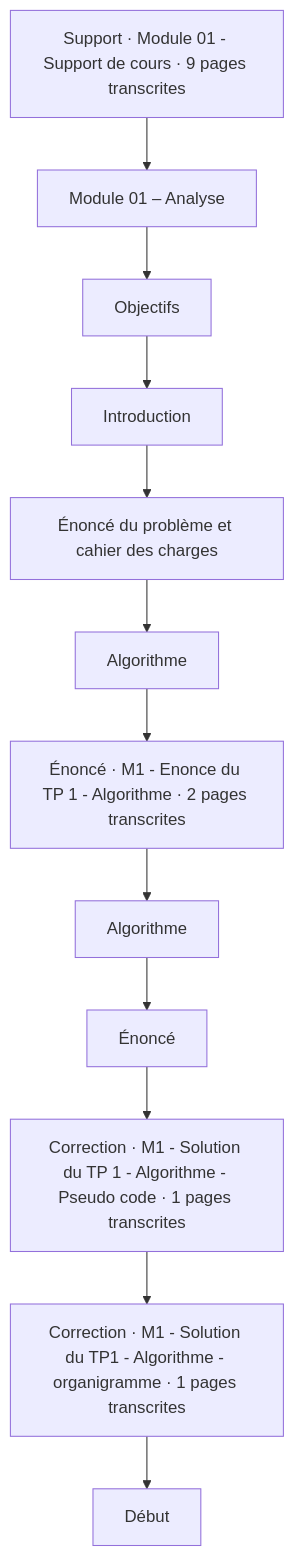
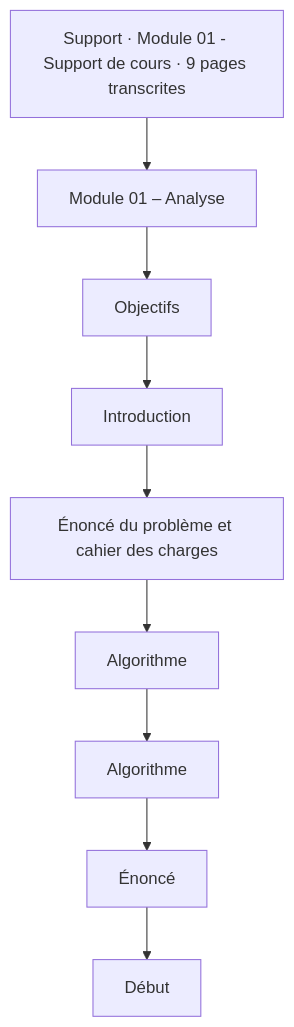
The first of 5 diagrams in docs/modules/11-initiation-scripting-bash/module-01-analyse.md (sk34pk25/tssr-cours), drawn with Mermaid before and after one commit. The commit also changed other lines of this file and 108 other files, not shown here.

````diff
--- a/docs/modules/11-initiation-scripting-bash/module-01-analyse.md
+++ b/docs/modules/11-initiation-scripting-bash/module-01-analyse.md
@@ -23,26 +22,20 @@
 ```mermaid
 flowchart TD
     N1["Support · Module 01 - Support de cours · 9 pages transcrites"]
     N2["Module 01 – Analyse"]
     N3["Objectifs"]
     N4["Introduction"]
     N5["Énoncé du problème et cahier des charges"]
     N6["Algorithme"]
-    N7["Énoncé · M1 - Enonce du TP 1 - Algorithme · 2 pages transcrites"]
     N8["Algorithme"]
     N9["Énoncé"]
-    N10["Correction · M1 - Solution du TP 1 - Algorithme - Pseudo code · 1 pages transcrites"]
-    N11["Correction · M1 - Solution du TP1 - Algorithme - organigramme · 1 pages transcrites"]
     N12["Début"]
     N1 --> N2
     N2 --> N3
     N3 --> N4
     N4 --> N5
     N5 --> N6
-    N6 --> N7
-    N7 --> N8
+    N6 --> N8
     N8 --> N9
-    N9 --> N10
-    N10 --> N11
-    N11 --> N12
+    N9 --> N12
 ```
````
